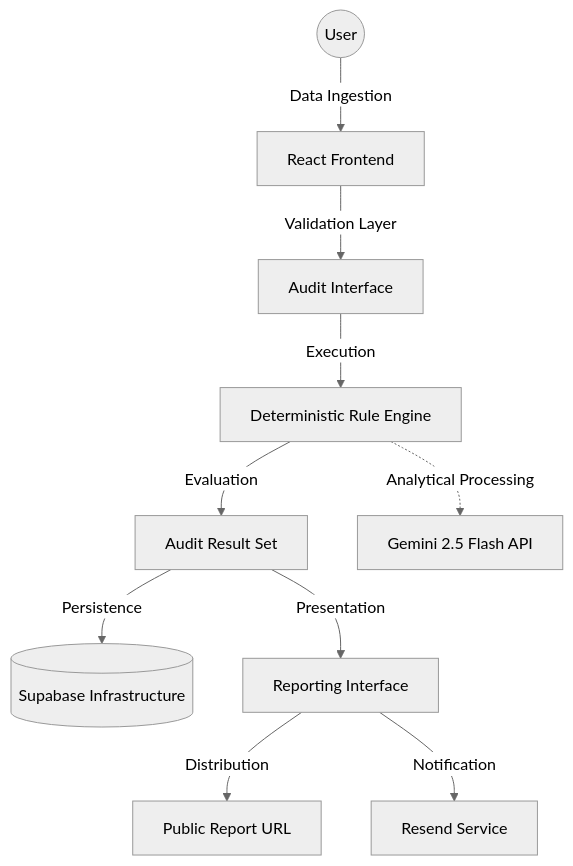
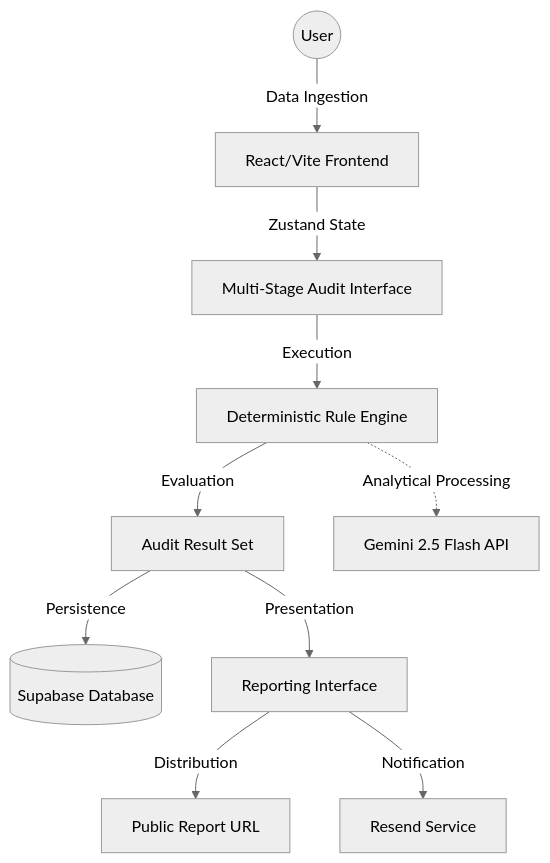
One commit to TarunyaProgrammer/vyay-aiCreditsAuditer changed the diagram in ARCHITECTURE.md. Above: the diagram before and after it, drawn with Mermaid (neutral theme). The commit also changed other lines of this file and 11 other files, not shown here.

````diff
--- a/ARCHITECTURE.md
+++ b/ARCHITECTURE.md
@@ -9,13 +9,13 @@
 ```mermaid
 graph TD
-    User((User)) -->|Data Ingestion| WebApp[React Frontend]
-    WebApp -->|Validation Layer| FormLogic[Audit Interface]
+    User((User)) -->|Data Ingestion| WebApp[React/Vite Frontend]
+    WebApp -->|Zustand State| FormLogic[Multi-Stage Audit Interface]
     FormLogic -->|Execution| AuditEngine[Deterministic Rule Engine]
     AuditEngine -->|Evaluation| Results[Audit Result Set]
-    Results -->|Persistence| Supabase[(Supabase Infrastructure)]
+    Results -->|Persistence| Supabase[(Supabase Database)]
     Results -->|Presentation| ResultPage[Reporting Interface]
     
     AuditEngine -.->|Analytical Processing| Gemini[Gemini 2.5 Flash API]
     ResultPage -->|Distribution| PublicLink[Public Report URL]
     ResultPage -->|Notification| Resend[Resend Service]
 ```
````
